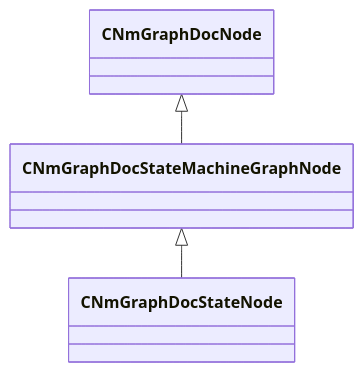
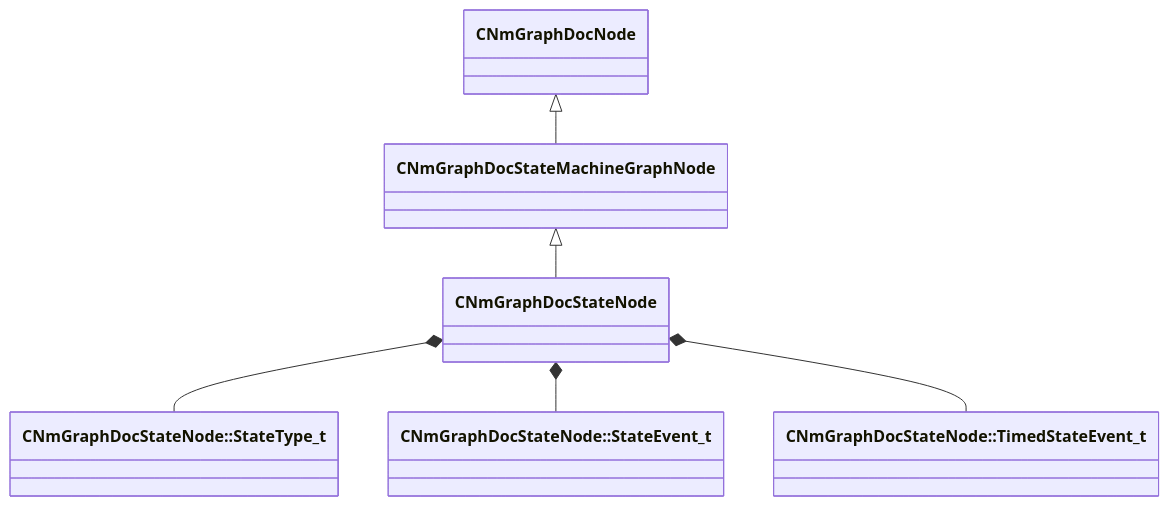
Before and after one commit to CS2OpenDev/CS2OpenDev-Docs: the diagram in docs/generated/schemas/animdoclib/CNmGraphDocStateNode.md, drawn with Mermaid. The commit also changed other lines of this file and 4525 other files, not shown here.

````diff
--- a/docs/generated/schemas/animdoclib/CNmGraphDocStateNode.md
+++ b/docs/generated/schemas/animdoclib/CNmGraphDocStateNode.md
@@ -17,5 +19,8 @@
 ```mermaid
 classDiagram
     CNmGraphDocStateMachineGraphNode <|-- CNmGraphDocStateNode
     CNmGraphDocNode <|-- CNmGraphDocStateMachineGraphNode
+    CNmGraphDocStateNode *-- `CNmGraphDocStateNode::StateType_t`
+    CNmGraphDocStateNode *-- `CNmGraphDocStateNode::StateEvent_t`
+    CNmGraphDocStateNode *-- `CNmGraphDocStateNode::TimedStateEvent_t`
 ```
````
